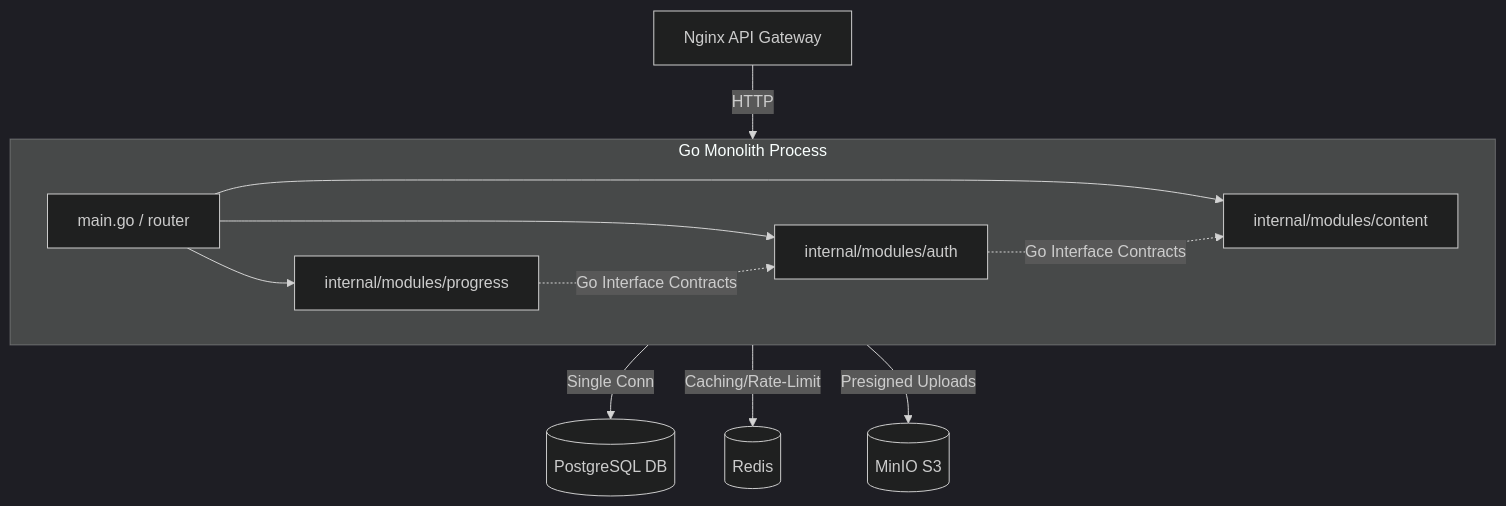
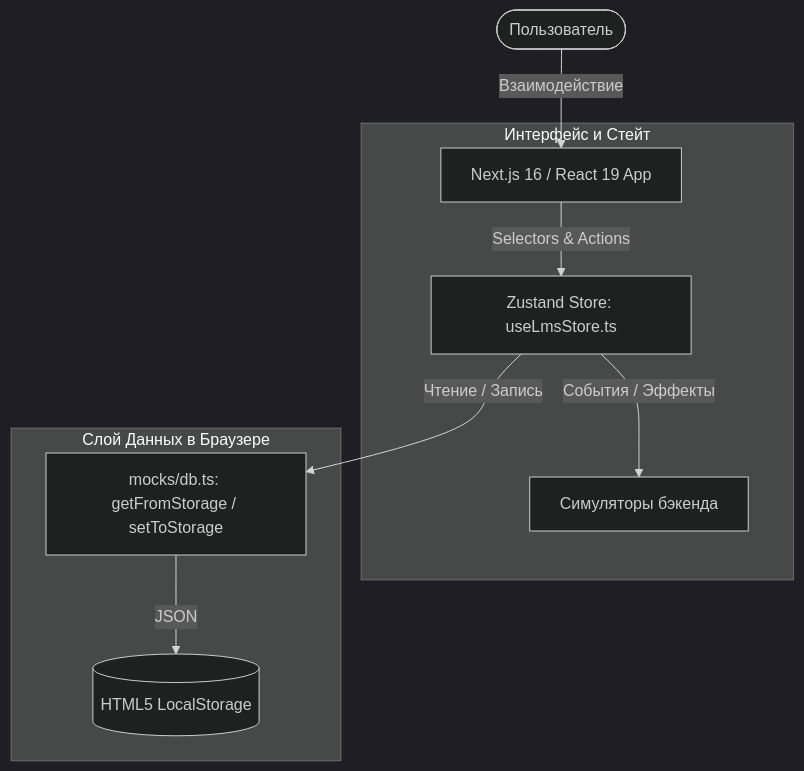
One commit to mathalama/mathalama.edu changed the diagram in docs/v1/architecture_design.md. Above: the diagram before and after it, drawn with Mermaid (dark theme). The commit also changed other lines of this file and 56 other files, not shown here.

````diff
--- a/docs/v1/architecture_design.md
+++ b/docs/v1/architecture_design.md
@@ -21,17 +13,14 @@
 ```mermaid
 graph TD
-    API_Gateway[Nginx API Gateway] -->|HTTP| Monolith[Go Monolith Process]
+    User([Пользователь]) -->|Взаимодействие| NextJS[Next.js 16 / React 19 App]
     
-    subgraph Monolith [Go Monolith Process]
-        AppEntry[main.go / router] --> AuthMod[internal/modules/auth]
-        AppEntry --> ContentMod[internal/modules/content]
-        AppEntry --> ProgressMod[internal/modules/progress]
-        
-        AuthMod -.->|Go Interface Contracts| ContentMod
-        ProgressMod -.->|Go Interface Contracts| AuthMod
+    subgraph FrontendApp [Интерфейс и Стейт]
+        NextJS -->|Selectors & Actions| Zustand[Zustand Store: useLmsStore.ts]
+        Zustand -->|События / Эффекты| SideEffects[Симуляторы бэкенда]
     end
     
-    Monolith -->|Single Conn| SharedDB[(PostgreSQL DB)]
-    Monolith -->|Caching/Rate-Limit| Redis[(Redis)]
-    Monolith -->|Presigned Uploads| MinIO[(MinIO S3)]
+    subgraph DataLayer [Слой Данных в Браузере]
+        Zustand -->|Чтение / Запись| LocalStorageHelper[mocks/db.ts: getFromStorage / setToStorage]
+        LocalStorageHelper -->|JSON| LS[(HTML5 LocalStorage)]
+    end
 ```
````
